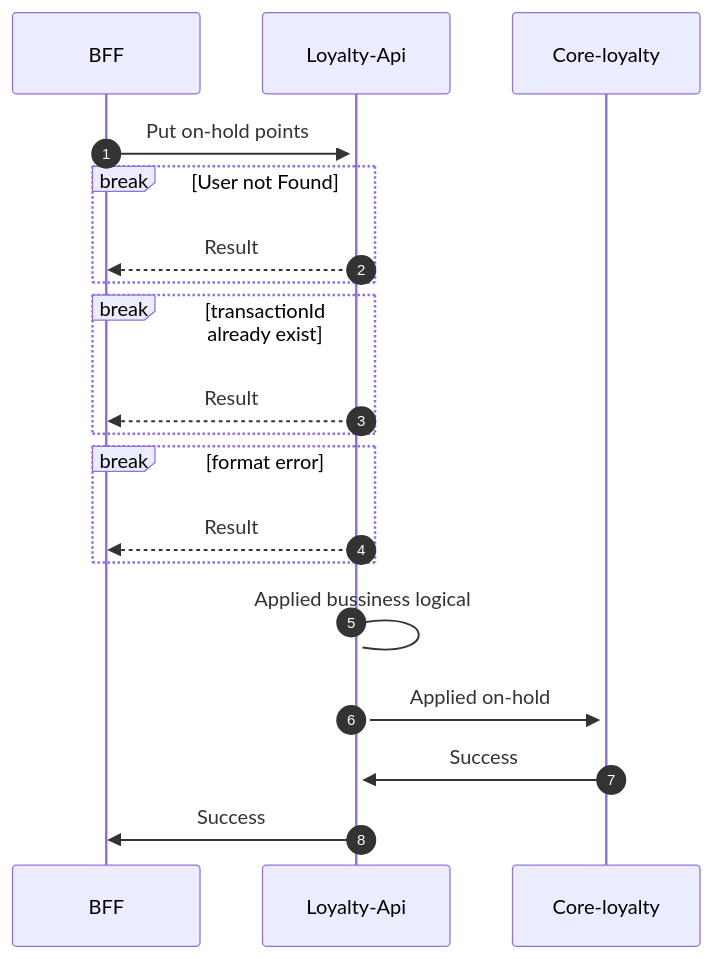
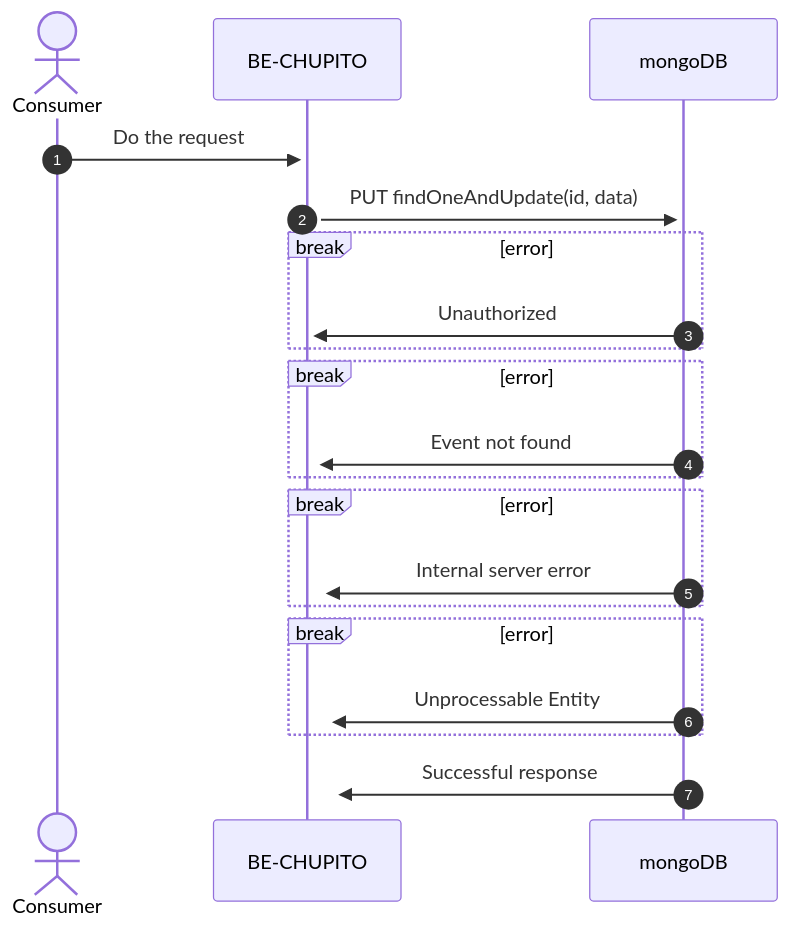
Before and after one commit to CHUPITO-Org/documentation-CHUPITO: the third of 4 diagrams in docs/application/businesscapabilities/redention.md, drawn with Mermaid. The commit also changed other lines of this file and 4 other files, not shown here.

Commit message:
feat: :sparkles: add sequence diagram

````diff
--- a/docs/application/businesscapabilities/redention.md
+++ b/docs/application/businesscapabilities/redention.md
@@ -16,26 +84,30 @@
 ```mermaid
 sequenceDiagram
     autonumber
-  
-    participant Back-end as BFF
-    participant Loyalty-Api
-    participant Core-loyalty
 
-    Back-end->>+Loyalty-Api: Put on-hold points
+    actor CONSUMER as Consumer
+    participant BE-CHUPITO
+    participant mongoDB
 
-    break User not Found
-        Loyalty-Api-->>Back-end: Result
-    end
-    
-    break transactionId already exist 
-        Loyalty-Api-->>Back-end: Result
+    CONSUMER->>+BE-CHUPITO: Do the request
+
+    BE-CHUPITO->>+mongoDB: PUT findOneAndUpdate(id, data)
+
+    break error
+        mongoDB->>+BE-CHUPITO: Unauthorized
     end
 
-    break format error
-        Loyalty-Api-->>Back-end: Result
+    break error
+        mongoDB->>+BE-CHUPITO: Event not found
     end
-    Loyalty-Api->Loyalty-Api: Applied bussiness logical 
-    Loyalty-Api->>+Core-loyalty: Applied on-hold
-    Core-loyalty->>Loyalty-Api: Success
-    Loyalty-Api->>Back-end: Success
+
+    break error
+        mongoDB->>+BE-CHUPITO: Internal server error
+    end
+
+    break error
+        mongoDB->>+BE-CHUPITO: Unprocessable Entity
+    end
+
+    mongoDB->>+BE-CHUPITO: Successful response
 ```
````
